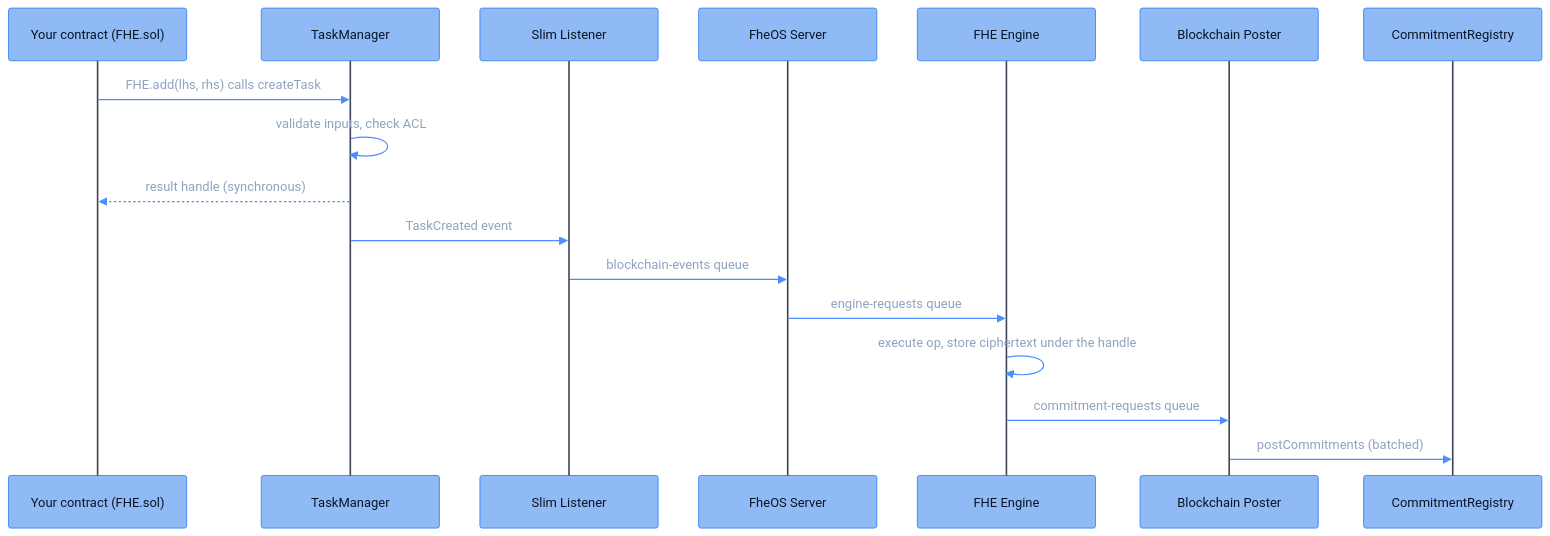
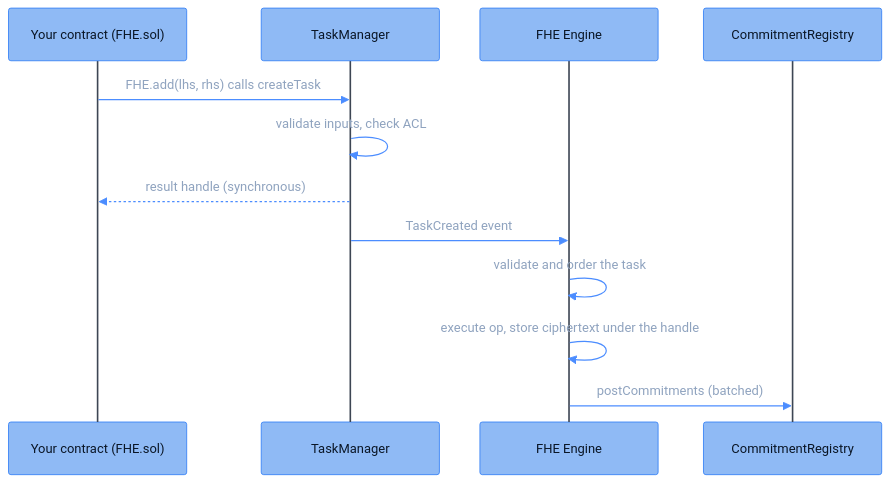
The diagram in deep-dive/data-flows/fhe-operation-request-flow.mdx (FhenixProtocol/fhenix-developer-docs), drawn with Mermaid before and after one commit. The commit also changed other lines of this file, not shown here.

Commit message:
[DOCS] data-flows/fhe-operation-request-flow: engine pipeline stages replace per-service steps and queues

````diff
--- a/deep-dive/data-flows/fhe-operation-request-flow.mdx
+++ b/deep-dive/data-flows/fhe-operation-request-flow.mdx
@@ -24,21 +21,16 @@
 ```mermaid
 %%{init: {"theme": "base", "themeVariables": {"fontFamily": "Menlo, Monaco, Consolas, monospace", "fontSize": "16px", "primaryColor": "#8FBAF5", "primaryBorderColor": "#2E7CF6", "primaryTextColor": "#0A1626", "lineColor": "#4C8DFF", "signalColor": "#4C8DFF", "signalTextColor": "#8FA3BF", "actorBkg": "#8FBAF5", "actorBorder": "#2E7CF6", "actorTextColor": "#0A1626", "actorLineColor": "#3D4654", "noteBkgColor": "#14171C", "noteBorderColor": "#3D4654", "noteTextColor": "#AFC3DE", "activationBkgColor": "#1E3A5F", "activationBorderColor": "#4C8DFF", "clusterBkg": "#14171C", "clusterBorder": "#3D4654", "titleColor": "#E7EAEE", "edgeLabelBackground": "#8FBAF5", "textColor": "#AFC3DE", "labelTextColor": "#E7EAEE", "tertiaryColor": "#14171C", "loopTextColor": "#AFC3DE", "labelBoxBkgColor": "#1E3A5F", "labelBoxBorderColor": "#4C8DFF"}, "sequence": {"actorFontFamily": "Menlo, Monaco, Consolas, monospace", "messageFontFamily": "Menlo, Monaco, Consolas, monospace", "noteFontFamily": "Menlo, Monaco, Consolas, monospace", "width": 220, "actorFontSize": 16, "messageFontSize": 16, "noteFontSize": 15}}}%%
 sequenceDiagram
     participant Contract as Your contract (FHE.sol)
     participant TM as TaskManager
-    participant SL as Slim Listener
-    participant FheOS as FheOS Server
     participant Engine as FHE Engine
-    participant BP as Blockchain Poster
     participant CR as CommitmentRegistry
 
     Contract->>TM: FHE.add(lhs, rhs) calls createTask
     TM->>TM: validate inputs, check ACL
     TM-->>Contract: result handle (synchronous)
-    TM->>SL: TaskCreated event
-    SL->>FheOS: blockchain-events queue
-    FheOS->>Engine: engine-requests queue
+    TM->>Engine: TaskCreated event
+    Engine->>Engine: validate and order the task
     Engine->>Engine: execute op, store ciphertext under the handle
-    Engine->>BP: commitment-requests queue
-    BP->>CR: postCommitments (batched)
+    Engine->>CR: postCommitments (batched)
 ```
````
